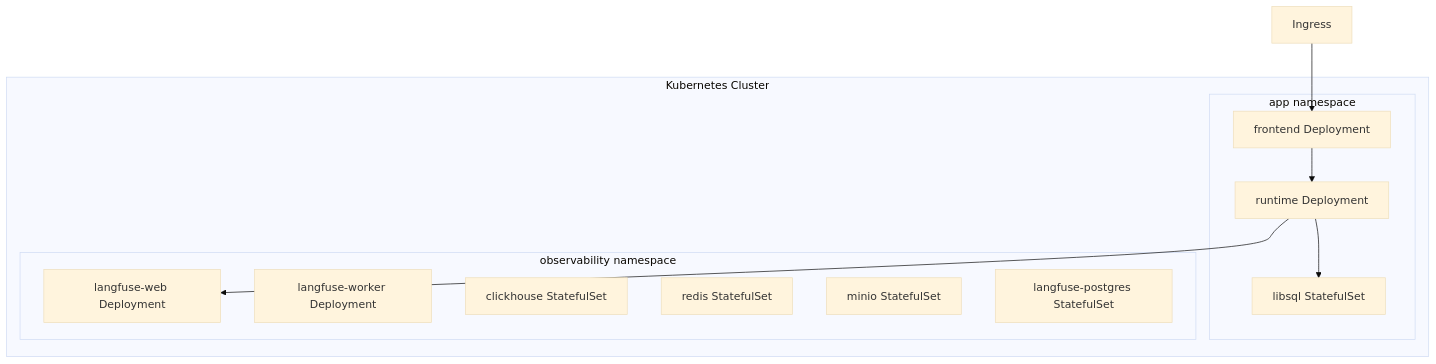
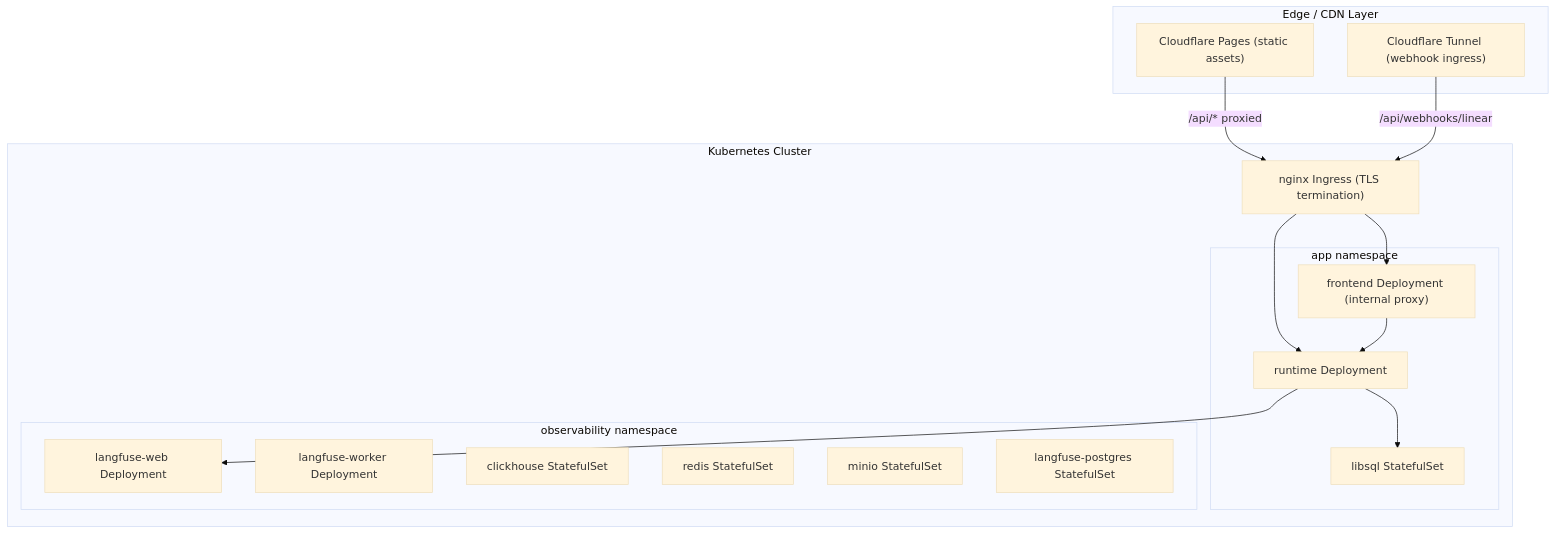
Before and after one commit to Agentic-Engineering-Agency/triage: the second of 2 diagrams in SCALING.md, drawn with Mermaid (base theme). The commit also changed other lines of this file and 57 other files, not shown here.

````diff
--- a/SCALING.md
+++ b/SCALING.md
@@ -36,22 +52,30 @@
 ```mermaid
 graph TD
+    subgraph Edge["Edge / CDN Layer"]
+        cf["Cloudflare Pages (static assets)"]
+        tunnel["Cloudflare Tunnel (webhook ingress)"]
+    end
     subgraph K8sCluster["Kubernetes Cluster"]
         subgraph AppNS["app namespace"]
-            fe["frontend Deployment"]
+            fe["frontend Deployment (internal proxy)"]
             rt["runtime Deployment"]
             db["libsql StatefulSet"]
         end
         subgraph ObsNS["observability namespace"]
             lfw["langfuse-web Deployment"]
             lwork["langfuse-worker Deployment"]
             ch["clickhouse StatefulSet"]
             rd["redis StatefulSet"]
             mn["minio StatefulSet"]
             pg["langfuse-postgres StatefulSet"]
         end
+        Ingress["nginx Ingress (TLS termination)"]
     end
+    cf -->|"/api/* proxied"| Ingress
+    tunnel -->|"/api/webhooks/linear"| Ingress
     Ingress --> fe
+    Ingress --> rt
     fe --> rt
     rt --> db
     rt --> lfw
 ```
````
